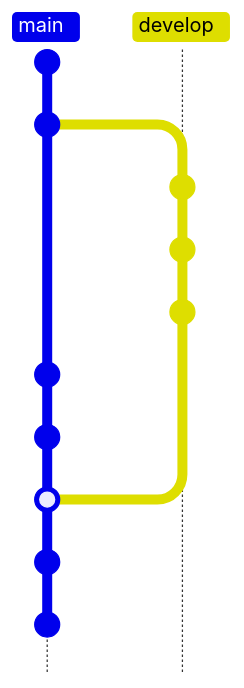
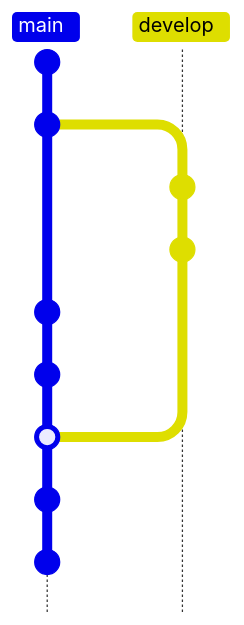
Before and after one commit to mermaid-js/mermaid: diagram 19 of 32 in docs/syntax/gitgraph.md, drawn with Mermaid. The commit also changed other lines of this file, not shown here. Commit ids are hidden.

````diff
--- a/docs/syntax/gitgraph.md
+++ b/docs/syntax/gitgraph.md
@@ -888,15 +889,14 @@
 ```mermaid
     gitGraph TB:
        commit
        commit
        branch develop
-       commit
        commit
        commit
        checkout main
        commit
        commit
        merge develop
        commit
        commit
 ```
````
